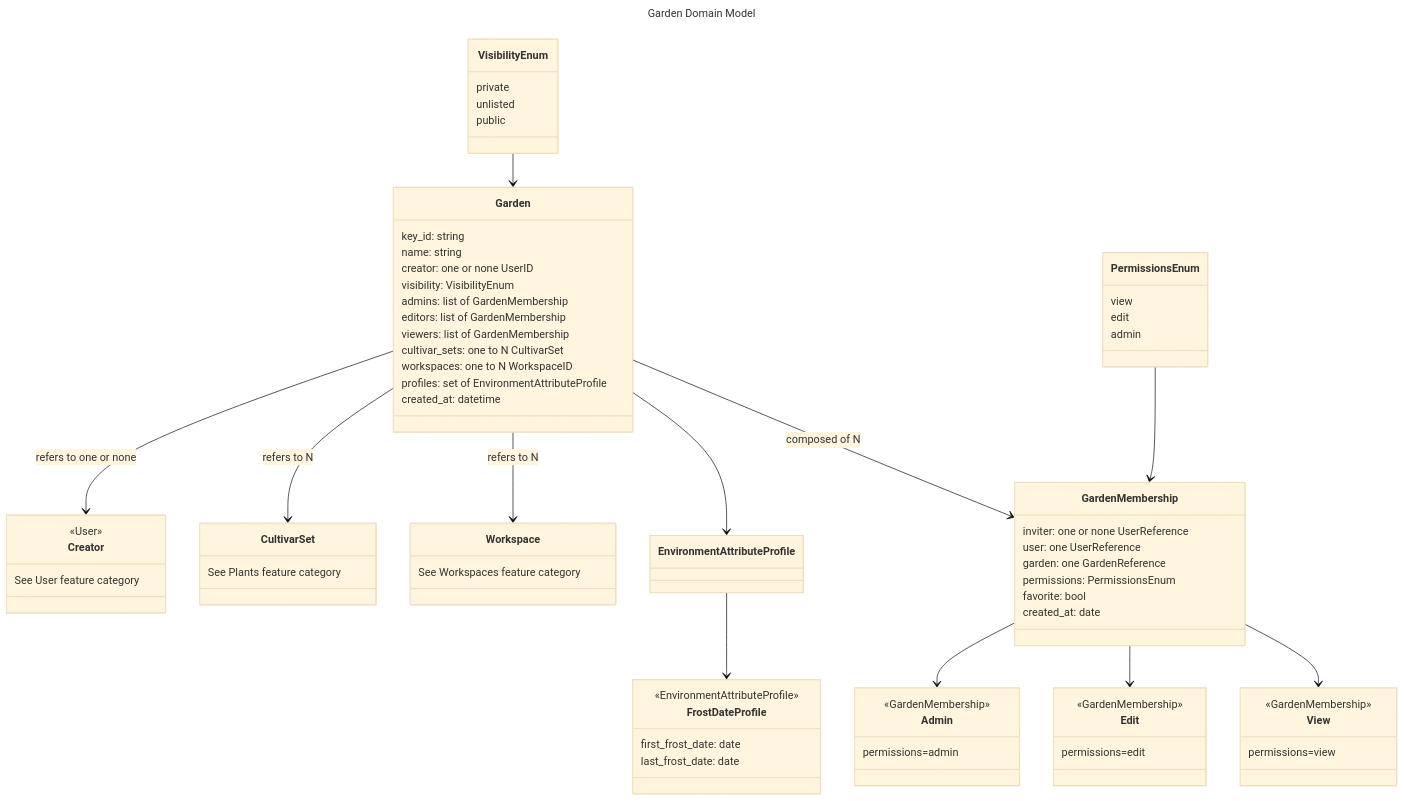
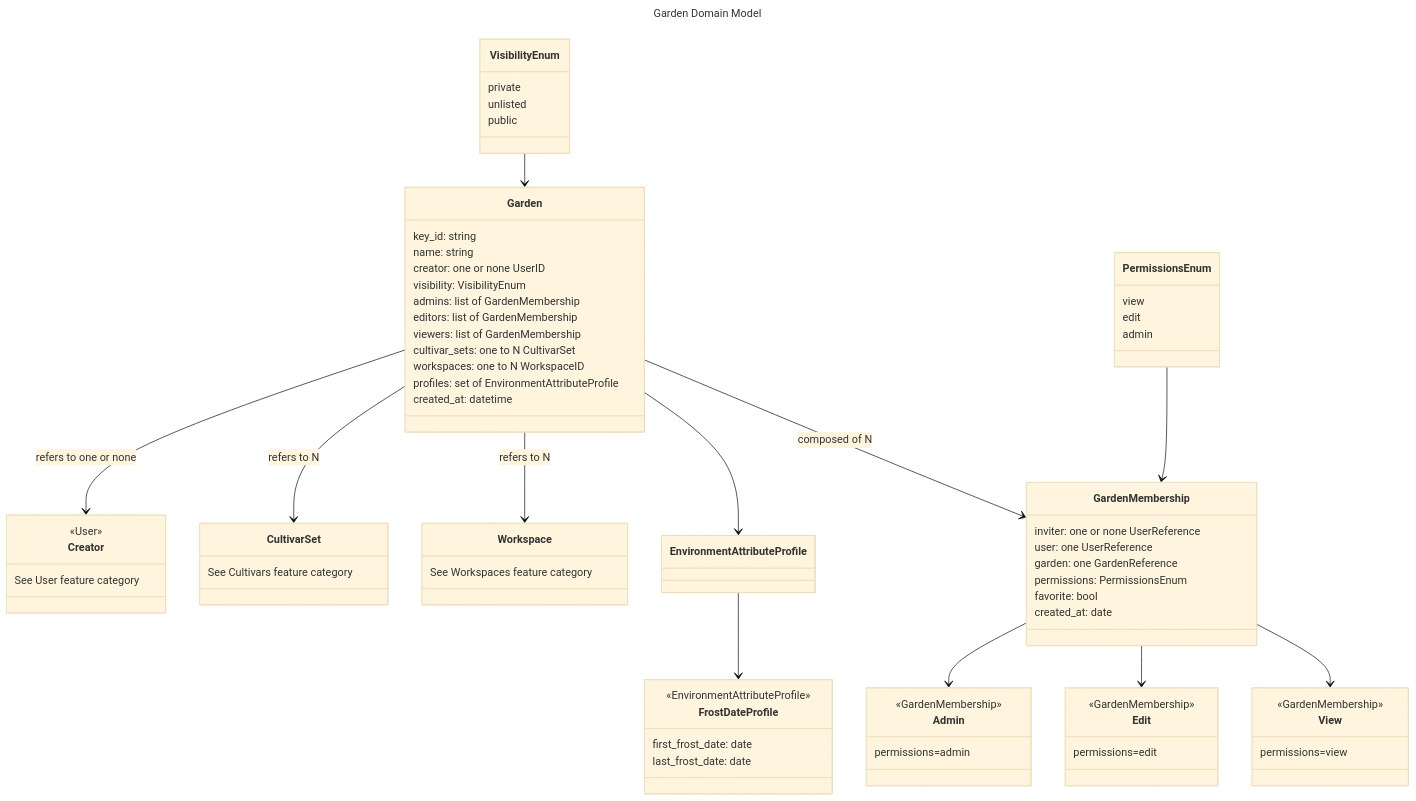
The diagram in outline/gardens/models.md (VerdanTech/Vdt-Webapp), drawn with Mermaid (base theme) before and after one commit. The commit also changed 16 other files, not shown here.

````diff
--- a/outline/gardens/models.md
+++ b/outline/gardens/models.md
@@ -3,80 +3,80 @@
 ```mermaid
 ---
 title: Garden Domain Model
 ---
 classDiagram
     Garden
     Garden --> Creator : refers to one or none
     Garden --> CultivarSet : refers to N
     Garden --> Workspace : refers to N
     Garden --> EnvironmentAttributeProfile 
     VisibilityEnum --> Garden
     EnvironmentAttributeProfile --> FrostDateProfile
     Garden --> GardenMembership : composed of N  
     GardenMembership --> Admin
     GardenMembership --> Edit
     GardenMembership --> View 
     PermissionsEnum --> GardenMembership
     class Garden{
         key_id: string
         name: string
         creator: one or none UserID
         visibility: VisibilityEnum
         admins: list of GardenMembership
         editors: list of GardenMembership
         viewers: list of GardenMembership
         cultivar_sets: one to N CultivarSet
         workspaces: one to N WorkspaceID
         profiles: set of EnvironmentAttributeProfile
         created_at: datetime
     }
     class Creator{
         <<User>>
         See User feature category 
     }
     class VisibilityEnum{
         private
         unlisted
         public
     }
     class GardenMembership{
         inviter: one or none UserReference
         user: one UserReference
         garden: one GardenReference
         permissions: PermissionsEnum
         favorite: bool
         created_at: date
 
     }
     class Admin{
         <<GardenMembership>>
         permissions=admin
     }
     class Edit{
         <<GardenMembership>>
         permissions=edit
     }
     class View{
         <<GardenMembership>>
         permissions=view
     }
     class PermissionsEnum{
         view
         edit
         admin
     }
     class CultivarSet{
-        See Plants feature category
+        See Cultivars feature category
     }
     class Workspace{
         See Workspaces feature category
     }
     class EnvironmentAttributeProfile{
 
     }
     class FrostDateProfile{
         <<EnvironmentAttributeProfile>>
         first_frost_date: date
         last_frost_date: date
     }
 ```
````
